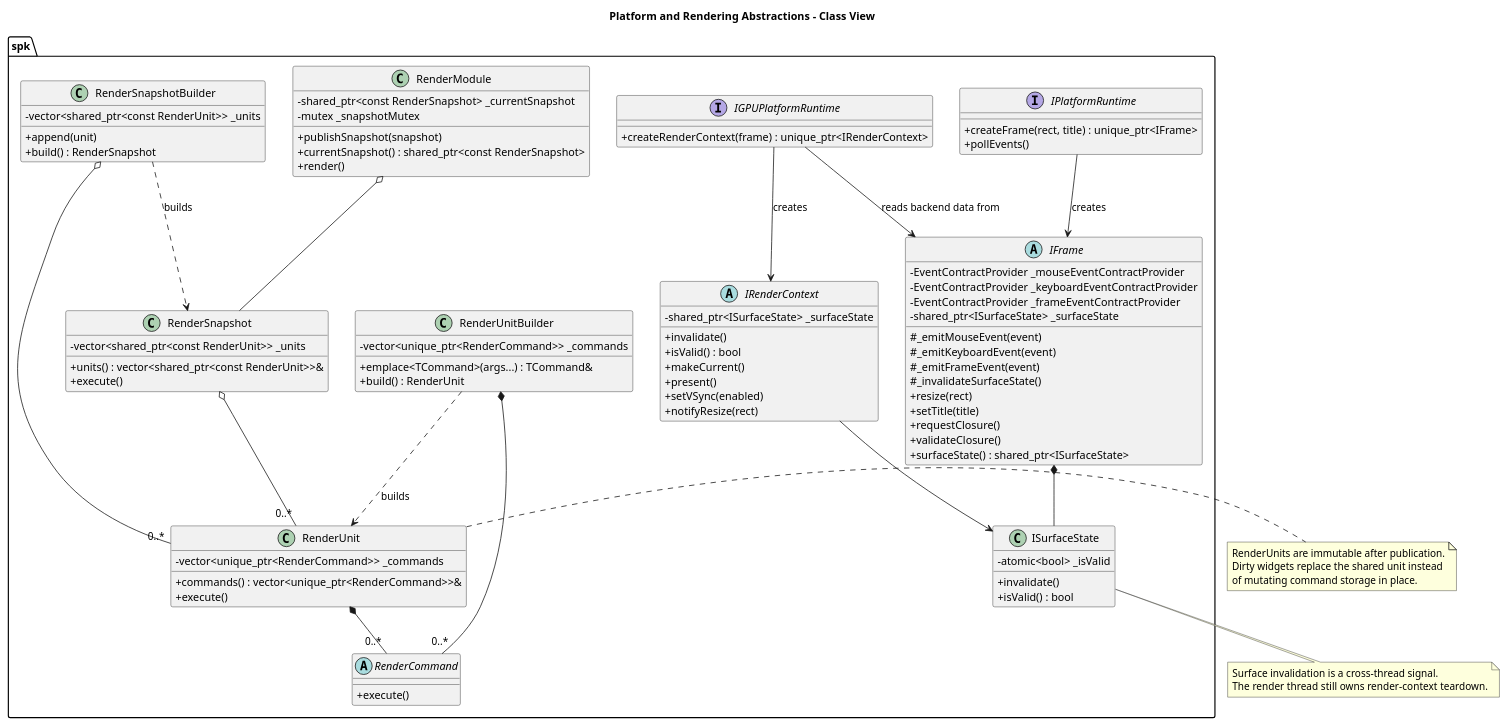
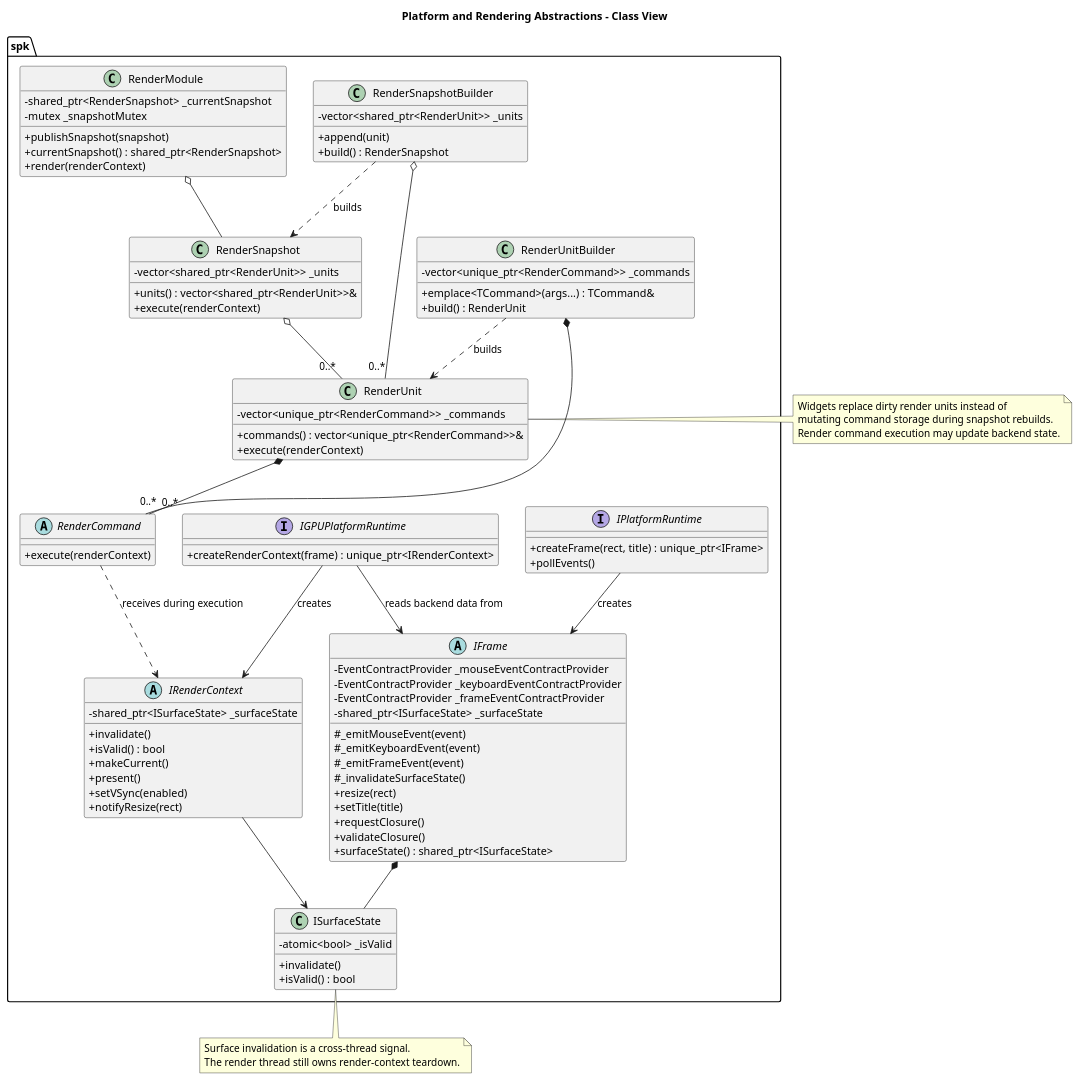
Before and after one commit to Hyarius/Sparkle: the diagram in documentation/architecture/diagrams/platform-rendering-class.puml, drawn with PlantUML. The commit also changed 29 other files, not shown here.

```diff
--- a/documentation/architecture/diagrams/platform-rendering-class.puml
+++ b/documentation/architecture/diagrams/platform-rendering-class.puml
@@ -1,109 +1,110 @@
 @startuml
 title Platform and Rendering Abstractions - Class View
 
 skinparam classAttributeIconSize 0
 
 namespace spk {
 	interface IPlatformRuntime {
 		+ createFrame(rect, title) : unique_ptr<IFrame>
 		+ pollEvents()
 	}
 
 	abstract class IFrame {
 		- EventContractProvider _mouseEventContractProvider
 		- EventContractProvider _keyboardEventContractProvider
 		- EventContractProvider _frameEventContractProvider
 		- shared_ptr<ISurfaceState> _surfaceState
 		# _emitMouseEvent(event)
 		# _emitKeyboardEvent(event)
 		# _emitFrameEvent(event)
 		# _invalidateSurfaceState()
 		+ resize(rect)
 		+ setTitle(title)
 		+ requestClosure()
 		+ validateClosure()
 		+ surfaceState() : shared_ptr<ISurfaceState>
 	}
 
 	class ISurfaceState {
 		- atomic<bool> _isValid
 		+ invalidate()
 		+ isValid() : bool
 	}
 
 	interface IGPUPlatformRuntime {
 		+ createRenderContext(frame) : unique_ptr<IRenderContext>
 	}
 
 	abstract class IRenderContext {
 		- shared_ptr<ISurfaceState> _surfaceState
 		+ invalidate()
 		+ isValid() : bool
 		+ makeCurrent()
 		+ present()
 		+ setVSync(enabled)
 		+ notifyResize(rect)
 	}
 
 	abstract class RenderCommand {
-		+ execute()
+		+ execute(renderContext)
 	}
 
 	class RenderUnit {
 		- vector<unique_ptr<RenderCommand>> _commands
 		+ commands() : vector<unique_ptr<RenderCommand>>&
-		+ execute()
+		+ execute(renderContext)
 	}
 
 	class RenderUnitBuilder {
 		- vector<unique_ptr<RenderCommand>> _commands
 		+ emplace<TCommand>(args...) : TCommand&
 		+ build() : RenderUnit
 	}
 
 	class RenderSnapshot {
-		- vector<shared_ptr<const RenderUnit>> _units
-		+ units() : vector<shared_ptr<const RenderUnit>>&
-		+ execute()
+		- vector<shared_ptr<RenderUnit>> _units
+		+ units() : vector<shared_ptr<RenderUnit>>&
+		+ execute(renderContext)
 	}
 
 	class RenderSnapshotBuilder {
-		- vector<shared_ptr<const RenderUnit>> _units
+		- vector<shared_ptr<RenderUnit>> _units
 		+ append(unit)
 		+ build() : RenderSnapshot
 	}
 
 	class RenderModule {
-		- shared_ptr<const RenderSnapshot> _currentSnapshot
+		- shared_ptr<RenderSnapshot> _currentSnapshot
 		- mutex _snapshotMutex
 		+ publishSnapshot(snapshot)
-		+ currentSnapshot() : shared_ptr<const RenderSnapshot>
-		+ render()
+		+ currentSnapshot() : shared_ptr<RenderSnapshot>
+		+ render(renderContext)
 	}
 }
 
 spk.IPlatformRuntime --> spk.IFrame : creates
 spk.IFrame *-- spk.ISurfaceState
 spk.IGPUPlatformRuntime --> spk.IRenderContext : creates
 spk.IGPUPlatformRuntime --> spk.IFrame : reads backend data from
 spk.IRenderContext --> spk.ISurfaceState
+spk.RenderCommand ..> spk.IRenderContext : receives during execution
 spk.RenderUnit *-- "0..*" spk.RenderCommand
 spk.RenderUnitBuilder *-- "0..*" spk.RenderCommand
 spk.RenderUnitBuilder ..> spk.RenderUnit : builds
 spk.RenderSnapshot o-- "0..*" spk.RenderUnit
 spk.RenderSnapshotBuilder o-- "0..*" spk.RenderUnit
 spk.RenderSnapshotBuilder ..> spk.RenderSnapshot : builds
 spk.RenderModule o-- spk.RenderSnapshot
 
 note bottom of spk.ISurfaceState
 Surface invalidation is a cross-thread signal.
 The render thread still owns render-context teardown.
 end note
 
 note right of spk.RenderUnit
-RenderUnits are immutable after publication.
-Dirty widgets replace the shared unit instead
-of mutating command storage in place.
+Widgets replace dirty render units instead of
+mutating command storage during snapshot rebuilds.
+Render command execution may update backend state.
 end note
 
 @enduml
```
